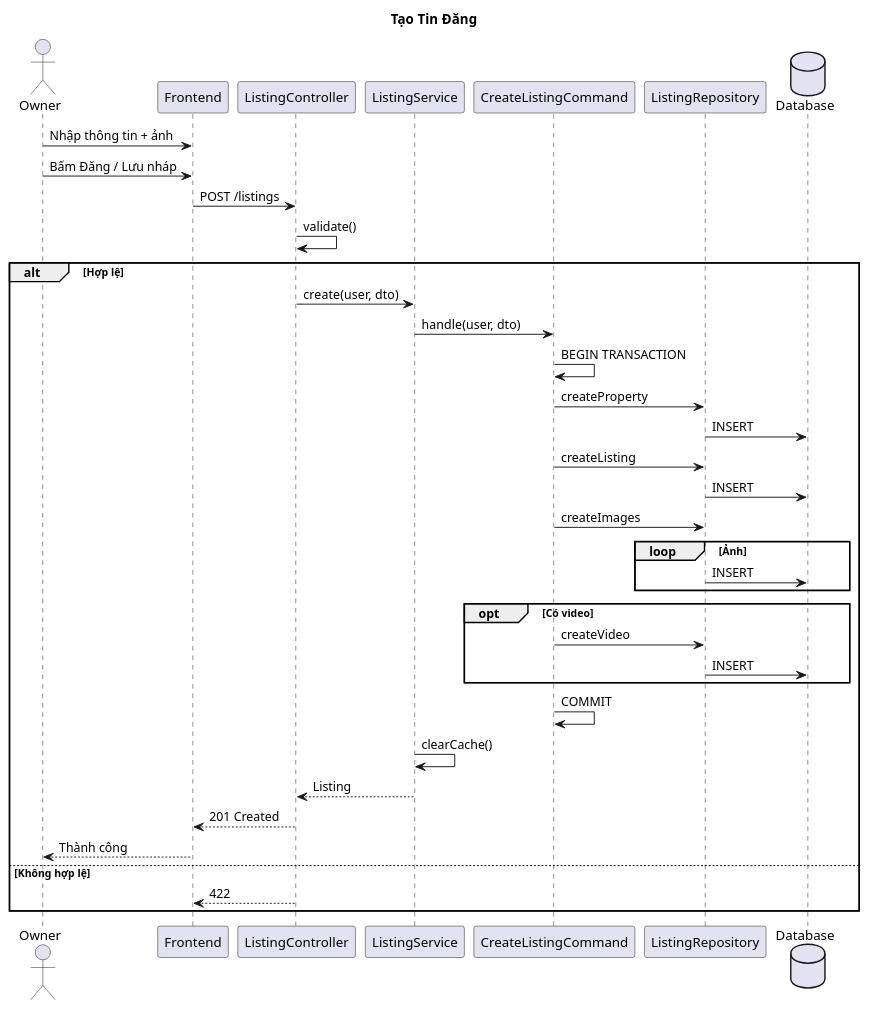
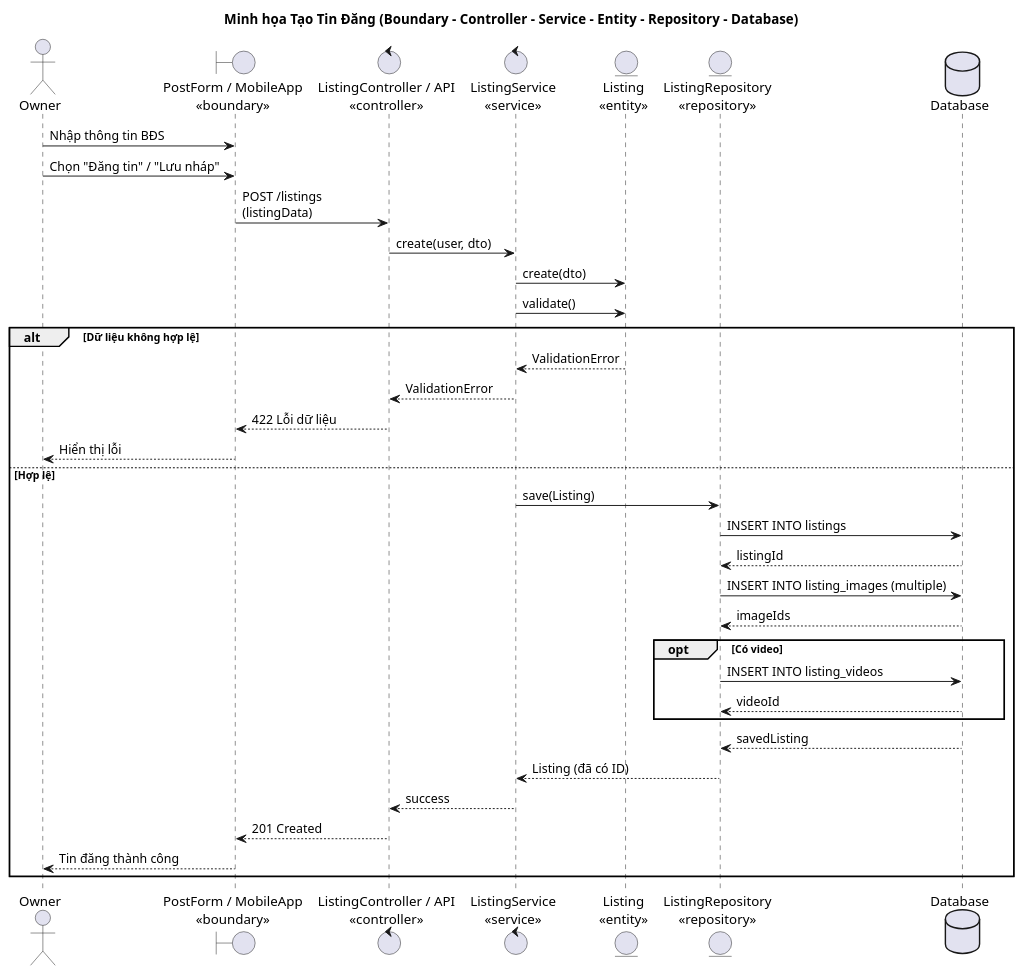
Before and after one commit to BuiThaiBao/Propify: the diagram in docs/sequence-diagram-tao-tin-dang.md, drawn with PlantUML. The commit also changed 12 other files, not shown here.

Commit message:
feat: update sequence diagrams to include detailed interactions and 3-layer architecture representation

````diff
--- a/docs/sequence-diagram-tao-tin-dang.md
+++ b/docs/sequence-diagram-tao-tin-dang.md
@@ -3,42 +3,42 @@
 ```plantuml
 @startuml
-title Tạo Tin Đăng
+title Minh họa Tạo Tin Đăng (Boundary - Controller - Service - Entity - Repository - Database)
 
 actor "Owner" as Owner
-participant "Frontend" as FE
-participant "ListingController" as Controller
-participant "ListingService" as Service
-participant "CreateListingCommand" as Cmd
-participant "ListingRepository" as Repo
+boundary "PostForm / MobileApp\n«boundary»" as FE
+control "ListingController / API\n«controller»" as Controller
+control "ListingService\n«service»" as Service
+entity "Listing\n«entity»" as ListingEntity
+entity "ListingRepository\n«repository»" as Repo
 database "Database" as DB
 
-Owner -> FE: Nhập thông tin + ảnh
-Owner -> FE: Bấm Đăng / Lưu nháp
-FE -> Controller: POST /listings
-Controller -> Controller: validate()
-alt Hợp lệ
-  Controller -> Service: create(user, dto)
-  Service -> Cmd: handle(user, dto)
-  Cmd -> Cmd: BEGIN TRANSACTION
-  Cmd -> Repo: createProperty
-  Repo -> DB: INSERT
-  Cmd -> Repo: createListing
-  Repo -> DB: INSERT
-  Cmd -> Repo: createImages
-  loop Ảnh
-    Repo -> DB: INSERT
+Owner -> FE: Nhập thông tin BĐS
+Owner -> FE: Chọn "Đăng tin" / "Lưu nháp"
+FE -> Controller: POST /listings\n(listingData)
+Controller -> Service: create(user, dto)
+Service -> ListingEntity: create(dto)
+Service -> ListingEntity: validate()
+
+alt Dữ liệu không hợp lệ
+  ListingEntity --> Service: ValidationError
+  Service --> Controller: ValidationError
+  Controller --> FE: 422 Lỗi dữ liệu
+  FE --> Owner: Hiển thị lỗi
+else Hợp lệ
+  Service -> Repo: save(Listing)
+  Repo -> DB: INSERT INTO listings
+  DB --> Repo: listingId
+  Repo -> DB: INSERT INTO listing_images (multiple)
+  DB --> Repo: imageIds
+  opt Có video
+    Repo -> DB: INSERT INTO listing_videos
+    DB --> Repo: videoId
   end
-  opt Có video
-    Cmd -> Repo: createVideo
-    Repo -> DB: INSERT
-  end
-  Cmd -> Cmd: COMMIT
-  Service -> Service: clearCache()
-  Service --> Controller: Listing
+  DB --> Repo: savedListing
+  Repo --> Service: Listing (đã có ID)
+  Service --> Controller: success
   Controller --> FE: 201 Created
-  FE --> Owner: Thành công
-else Không hợp lệ
-  Controller --> FE: 422
+  FE --> Owner: Tin đăng thành công
 end
 @enduml
 ```
````
